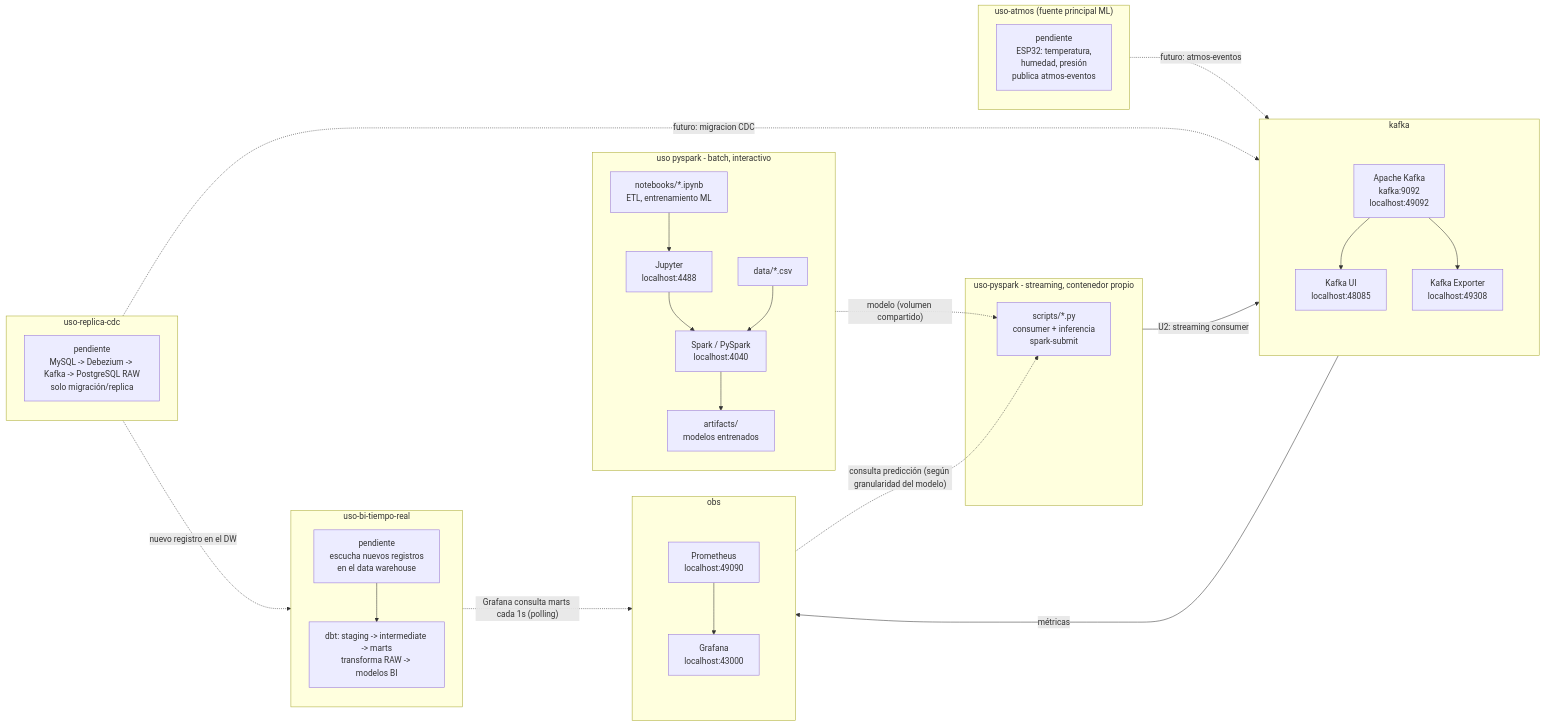
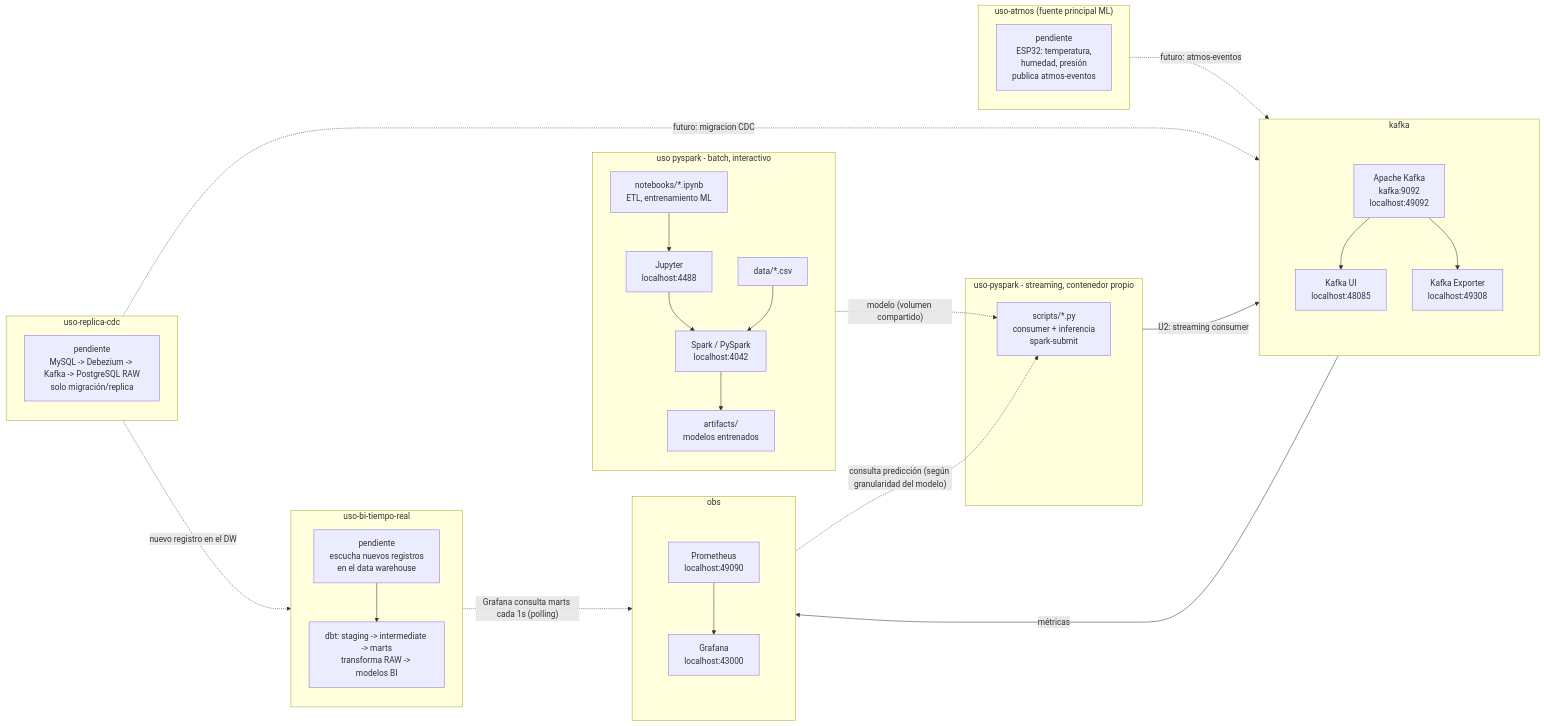
One commit to 262bigdata/lambda26 changed the second of 2 diagrams in docs/index.md. Above: the diagram before and after it, drawn with Mermaid. The commit also changed 7 other files, not shown here.

````diff
--- a/docs/index.md
+++ b/docs/index.md
@@ -115,67 +115,67 @@
 ```mermaid
 flowchart LR
     subgraph PySparkModule["uso pyspark - batch, interactivo"]
         direction TB
         Notebooks["notebooks/*.ipynb<br/>ETL, entrenamiento ML"]
         Jupyter["Jupyter<br/>localhost:4488"]
-        Spark["Spark / PySpark<br/>localhost:4040"]
+        Spark["Spark / PySpark<br/>localhost:4042"]
         Data["data/*.csv"]
         Artifacts["artifacts/<br/>modelos entrenados"]
         Notebooks --> Jupyter --> Spark
         Data --> Spark --> Artifacts
     end
 
     subgraph StreamingModule["uso-pyspark - streaming, contenedor propio"]
         Scripts["scripts/*.py<br/>consumer + inferencia<br/>spark-submit"]
     end
 
     Artifacts -.->|"modelo (volumen compartido)"| Scripts
 
     subgraph UseIoT["uso-atmos (fuente principal ML)"]
         IoT["pendiente<br/>ESP32: temperatura,<br/>humedad, presión<br/>publica atmos-eventos"]
     end
 
     subgraph UseCDC["uso-replica-cdc"]
         CDC["pendiente<br/>MySQL -> Debezium -> Kafka -> PostgreSQL RAW<br/>solo migración/replica"]
     end
 
     subgraph UseBITR["uso-bi-tiempo-real"]
         direction TB
         Listener["pendiente<br/>escucha nuevos registros<br/>en el data warehouse"]
         DBT["dbt: staging -> intermediate -> marts<br/>transforma RAW -> modelos BI"]
         Listener --> DBT
     end
 
     subgraph KafkaModule["kafka"]
         direction TB
         subgraph KafkaStack[" "]
             direction TB
             Kafka["Apache Kafka<br/>kafka:9092<br/>localhost:49092"]
             KafkaUI["Kafka UI<br/>localhost:48085"]
             KafkaExporter["Kafka Exporter<br/>localhost:49308"]
             Kafka --> KafkaUI
             Kafka --> KafkaExporter
         end
     end
 
     subgraph ObsModule["obs"]
         direction TB
         subgraph ObsStack[" "]
             direction TB
             Prometheus["Prometheus<br/>localhost:49090"]
             Grafana["Grafana<br/>localhost:43000"]
             Prometheus --> Grafana
         end
     end
 
     StreamingModule -->|"U2: streaming consumer"| Kafka
     UseIoT -. "futuro: atmos-eventos" .-> Kafka
     UseCDC -. "futuro: migracion CDC" .-> Kafka
     UseCDC -. "nuevo registro en el DW" .-> UseBITR
     DBT -. "Grafana consulta marts cada 1s (polling)" .-> Grafana
     Grafana -. "consulta predicción (según granularidad del modelo)" .-> Scripts
     KafkaExporter -->|"métricas"| Prometheus
 
     style KafkaStack fill:transparent,stroke:transparent,color:transparent
     style ObsStack fill:transparent,stroke:transparent,color:transparent
 ```
````
